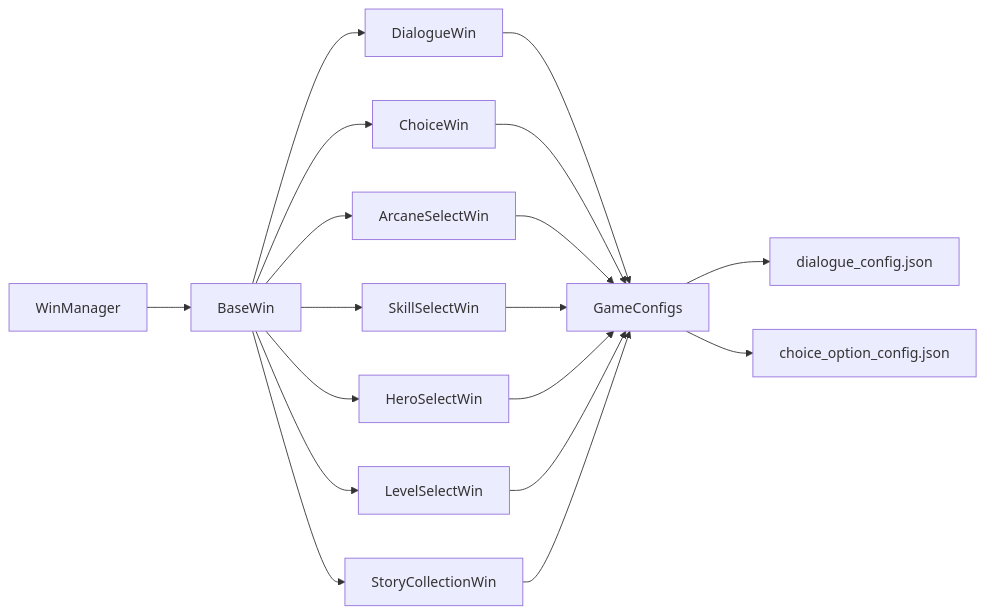
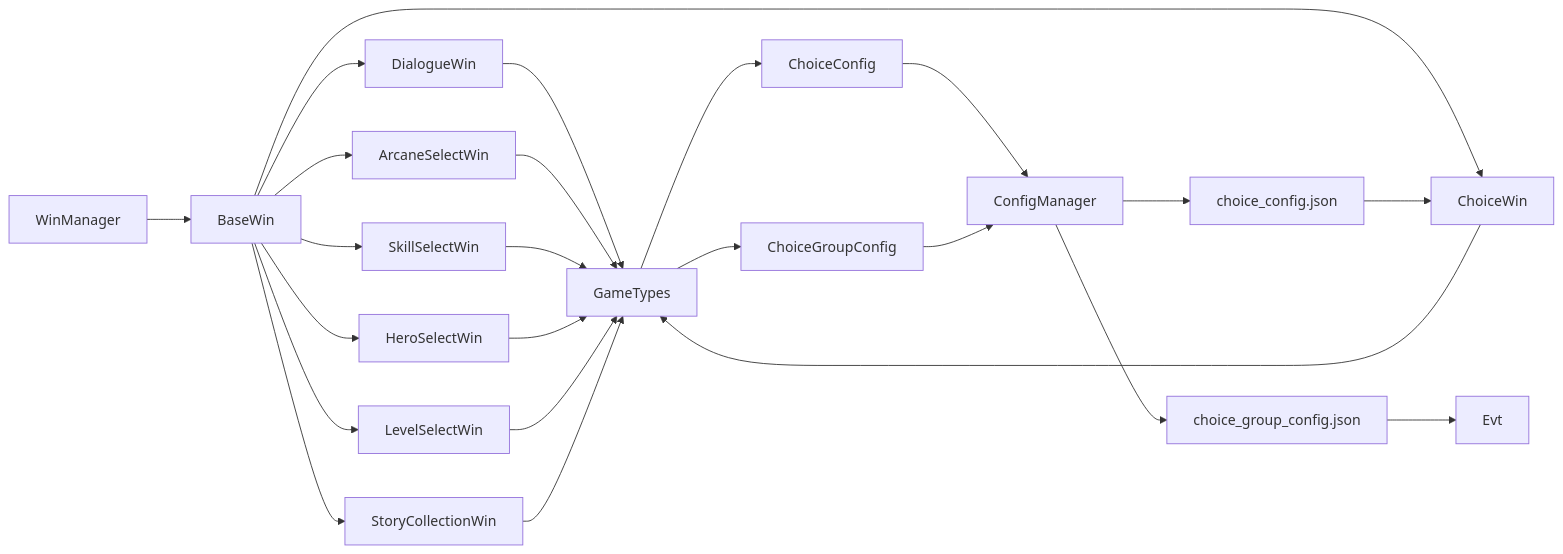
Before and after one commit to Tuusen/p1_client: the fifth of 5 diagrams in .qoder/repowiki/zh/content/用户界面系统/对话与选择界面.md, drawn with Mermaid. The commit also changed other lines of this file and 9 other files, not shown here.

````diff
--- a/.qoder/repowiki/zh/content/用户界面系统/对话与选择界面.md
+++ b/.qoder/repowiki/zh/content/用户界面系统/对话与选择界面.md
@@ -372,20 +407,26 @@
 ```mermaid
 graph LR
 WinMgr["WinManager"] --> BaseWin["BaseWin"]
 BaseWin --> Dlg["DialogueWin"]
 BaseWin --> Chc["ChoiceWin"]
 BaseWin --> Arc["ArcaneSelectWin"]
 BaseWin --> Scl["SkillSelectWin"]
 BaseWin --> Her["HeroSelectWin"]
 BaseWin --> Lev["LevelSelectWin"]
 BaseWin --> Stc["StoryCollectionWin"]
-Dlg --> GC["GameConfigs"]
+Dlg --> GC["GameTypes"]
 Chc --> GC
 Arc --> GC
 Scl --> GC
 Her --> GC
 Lev --> GC
 Stc --> GC
-GC --> DC["dialogue_config.json"]
-GC --> OC["choice_option_config.json"]
+GC --> CC["ChoiceConfig"]
+GC --> CG["ChoiceGroupConfig"]
+CC --> CM["ConfigManager"]
+CG --> CM
+CM --> CCJ["choice_config.json"]
+CM --> CGJ["choice_group_config.json"]
+CCJ --> Chc
+CGJ --> Evt
 ```
````
